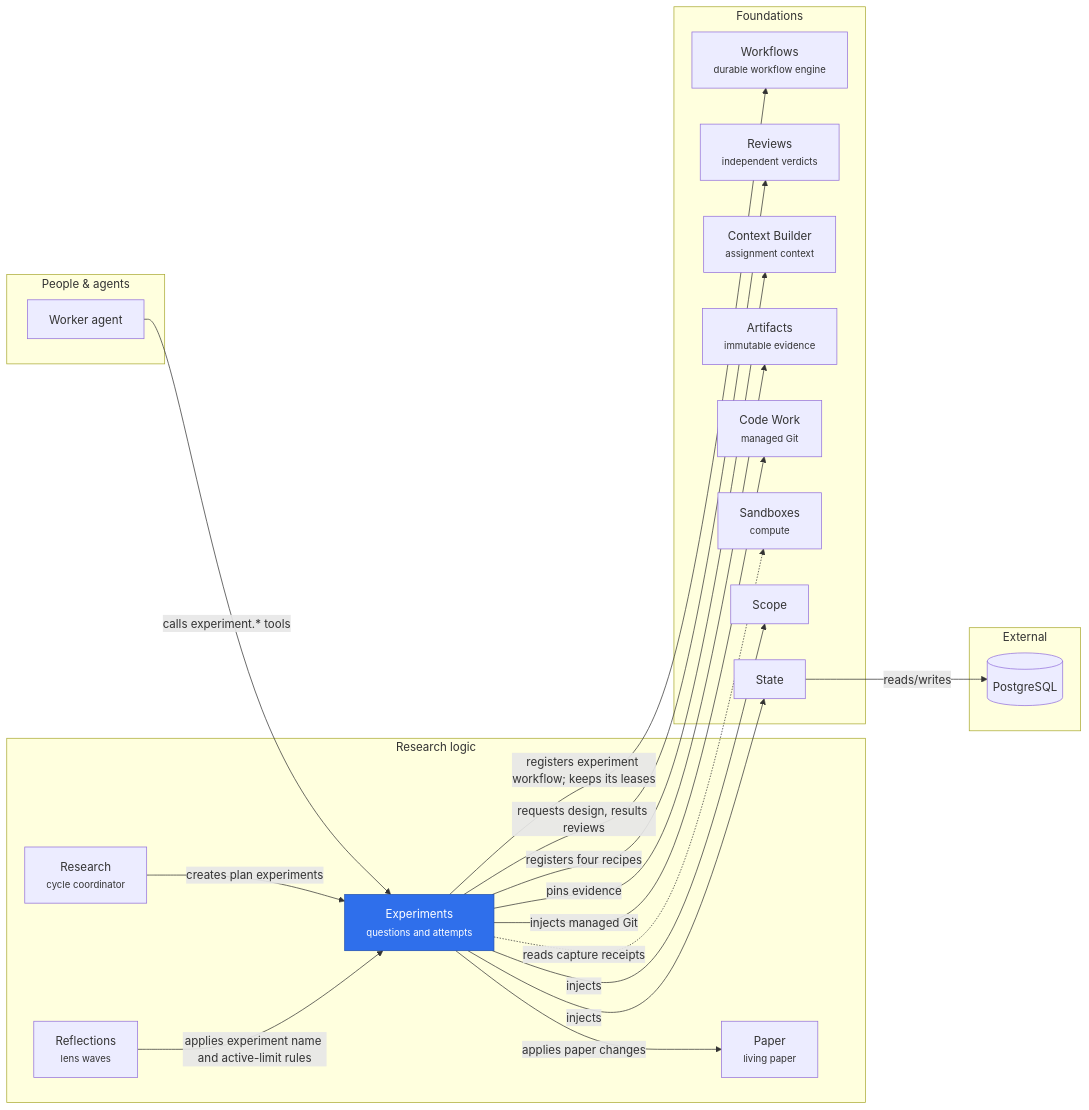
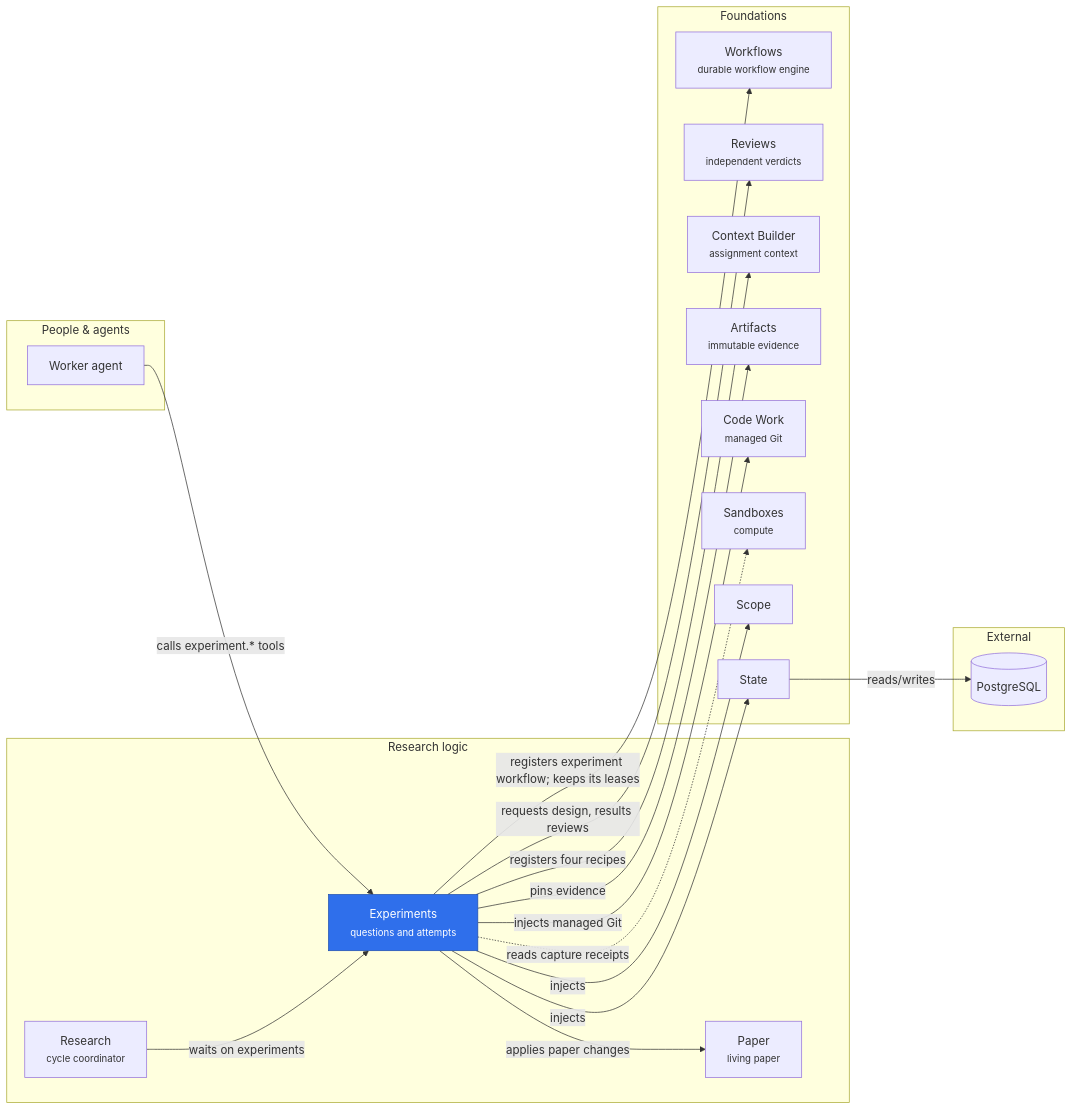
The diagram in merv-typescript/packages/experiments/README.md (rapidreview-io/Merv), drawn with Mermaid before and after one commit. The commit also changed other lines of this file and 132 other files, not shown here.

````diff
--- a/merv-typescript/packages/experiments/README.md
+++ b/merv-typescript/packages/experiments/README.md
@@ -12,40 +12,38 @@
 ```mermaid
 flowchart LR
   subgraph people["People & agents"]
     worker["Worker agent"]
   end
   subgraph logic["Research logic"]
     experiments["Experiments<br/><small>questions and attempts</small>"]
     research["Research<br/><small>cycle coordinator</small>"]
-    reflections["Reflections<br/><small>lens waves</small>"]
     paper["Paper<br/><small>living paper</small>"]
   end
   subgraph foundations["Foundations"]
     workflows["Workflows<br/><small>durable workflow engine</small>"]
     reviews["Reviews<br/><small>independent verdicts</small>"]
     contextBuilder["Context Builder<br/><small>assignment context</small>"]
     artifacts["Artifacts<br/><small>immutable evidence</small>"]
     codeWork["Code Work<br/><small>managed Git</small>"]
     sandboxes["Sandboxes<br/><small>compute</small>"]
     scope["Scope"]
     state["State"]
   end
   subgraph external["External"]
     postgres[("PostgreSQL")]
   end
   worker -- "calls experiment.* tools" --> experiments
-  research -- "creates plan experiments" --> experiments
-  reflections -- "applies experiment name and active-limit rules" --> experiments
+  research -- "waits on experiments" --> experiments
   experiments -- "registers experiment workflow; keeps its leases" --> workflows
   experiments -- "requests design, results reviews" --> reviews
   experiments -- "registers four recipes" --> contextBuilder
   experiments -- "applies paper changes" --> paper
   experiments -- "pins evidence" --> artifacts
   experiments -- "injects managed Git" --> codeWork
   experiments -. "reads capture receipts" .-> sandboxes
   experiments -- "injects" --> scope
   experiments -- "injects" --> state
   state -- "reads/writes" --> postgres
   class experiments self
   classDef self fill:#2f6feb,color:#fff,stroke:#1f4fb0
 ```
````
